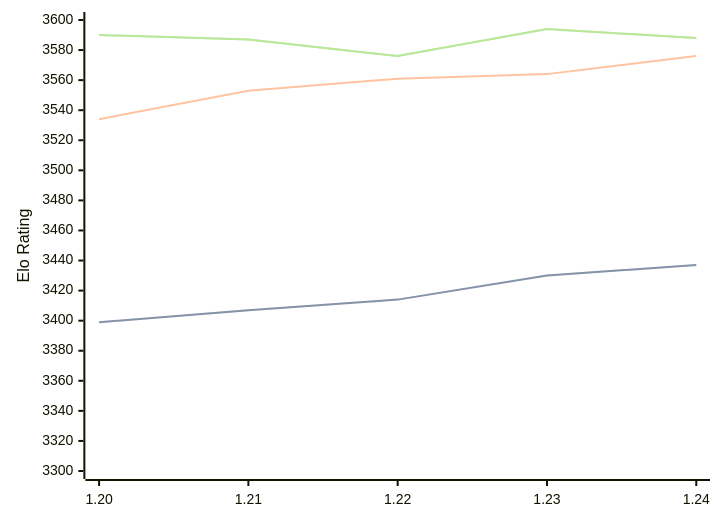
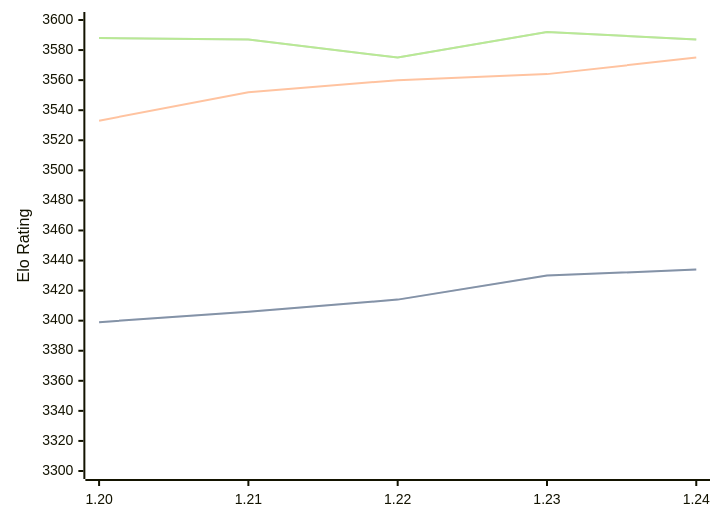
Before and after one commit to computer-chess-index/cci: the diagram in engines/Caissa.md, drawn with Mermaid. The commit also changed other lines of this file, not shown here.

Commit message:
Update CCI Ratings (ELO VLTC) - 2026-02-28

````diff
--- a/engines/Caissa.md
+++ b/engines/Caissa.md
@@ -62,11 +62,11 @@
 ```mermaid
 %%{init: {"theme":"base","themeVariables":{"seriesColors:['#a3a3a3','#222221','#faa371']}}}%%
 xychart-beta
   x-axis ["1.20", "1.21", "1.22", "1.23", "1.24"]
   y-axis "Elo Rating" 3300 --> 3600
-  line "STC (8.0+0.08s)" [3399, 3407, 3414, 3430, 3437]
-  line "STC (8.0+0.08s)" [3399, 3407, 3414, 3430, 3437]
-  line "LTC (60.0+0.60s)" [3534, 3553, 3561, 3564, 3576]
-  line "VLTC (2m24s+1.12s)" [3590, 3587, 3576, 3594, 3588]
-  line "VLTC (2m24s+1.12s)" [3590, 3587, 3576, 3594, 3588]
+  line "STC (8.0+0.08s)" [3399, 3406, 3414, 3430, 3434]
+  line "STC (8.0+0.08s)" [3399, 3406, 3414, 3430, 3434]
+  line "LTC (60.0+0.60s)" [3533, 3552, 3560, 3564, 3575]
+  line "VLTC (2m24s+1.12s)" [3588, 3587, 3575, 3592, 3587]
+  line "VLTC (2m24s+1.12s)" [3588, 3587, 3575, 3592, 3587]
 ```
````
